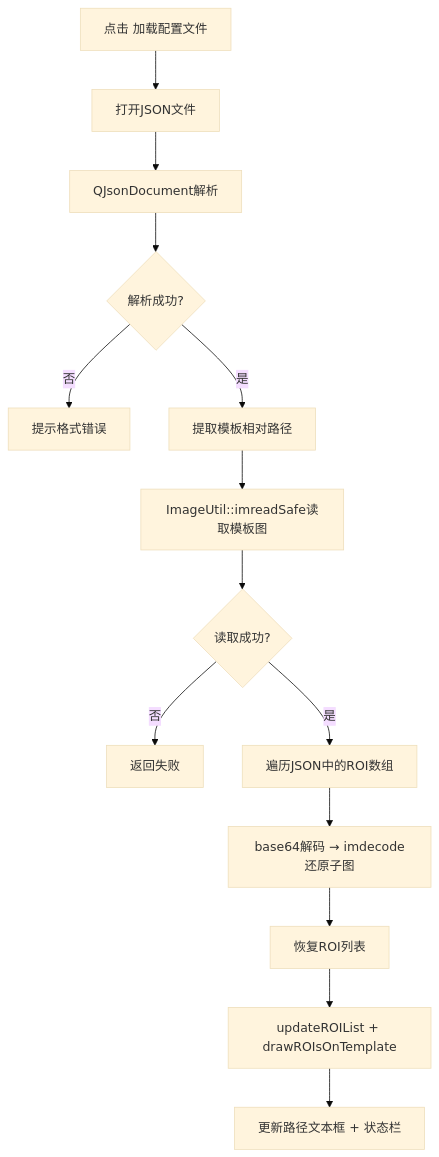
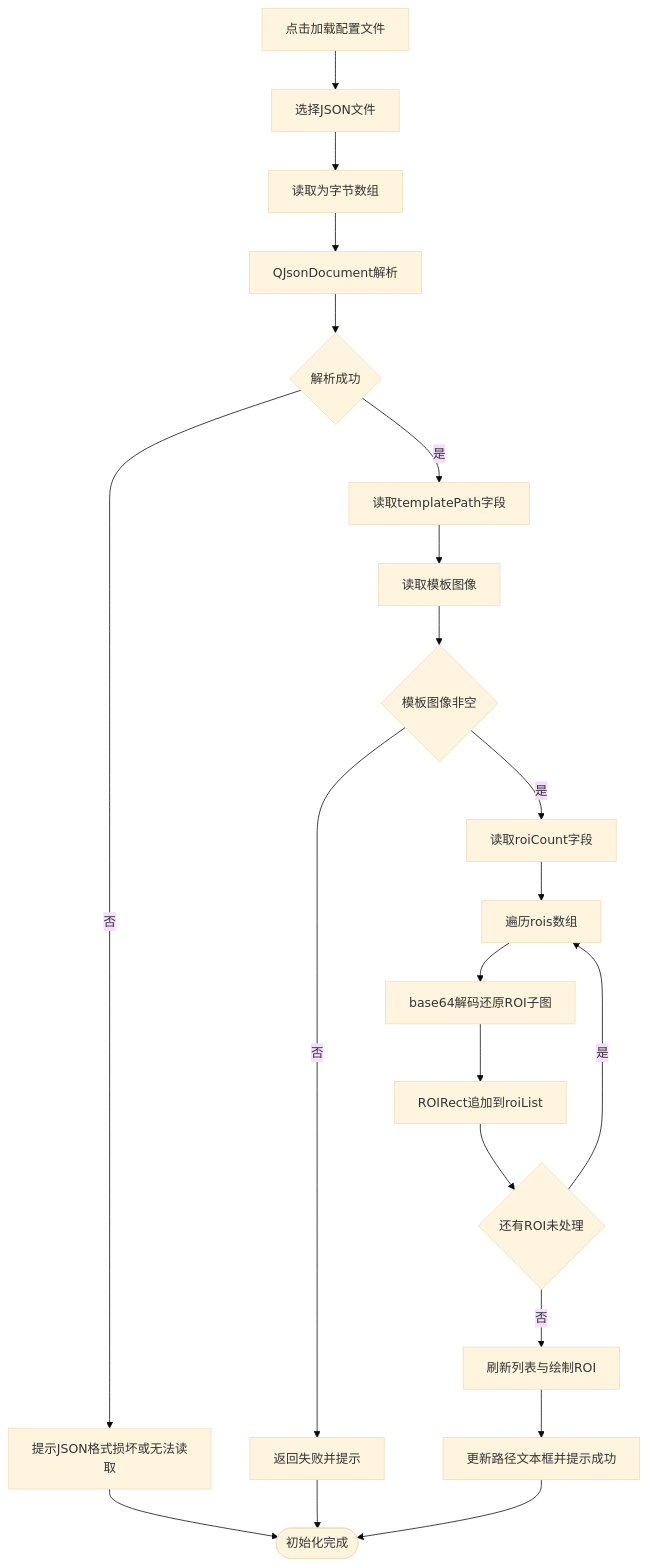
The sixth of 11 diagrams in docs/期末大作业报告.md (ggsmida1/CV_Project), drawn with Mermaid (base theme) before and after one commit. The commit also changed other lines of this file, not shown here.

````diff
--- a/docs/期末大作业报告.md
+++ b/docs/期末大作业报告.md
@@ -173,16 +351,23 @@
 ```mermaid
 graph TD
-    A[点击 加载配置文件] --> B[打开JSON文件]
-    B --> C[QJsonDocument解析]
-    C --> D{解析成功?}
-    D -->|否| E[提示格式错误]
-    D -->|是| F[提取模板相对路径]
-    F --> G[ImageUtil::imreadSafe读取模板图]
-    G --> H{读取成功?}
-    H -->|否| I[返回失败]
-    H -->|是| J[遍历JSON中的ROI数组]
-    J --> K[base64解码 → imdecode还原子图]
-    K --> L[恢复ROI列表]
-    L --> M[updateROIList + drawROIsOnTemplate]
-    M --> N[更新路径文本框 + 状态栏]
+    A[点击加载配置文件] --> B[选择JSON文件]
+    B --> C[读取为字节数组]
+    C --> D[QJsonDocument解析]
+    D --> E{解析成功}
+    E -- 否 --> F[提示JSON格式损坏或无法读取]
+    E -- 是 --> G[读取templatePath字段]
+    G --> H[读取模板图像]
+    H --> I{模板图像非空}
+    I -- 否 --> J[返回失败并提示]
+    I -- 是 --> K[读取roiCount字段]
+    K --> L[遍历rois数组]
+    L --> M[base64解码还原ROI子图]
+    M --> N[ROIRect追加到roiList]
+    N --> O{还有ROI未处理}
+    O -- 是 --> L
+    O -- 否 --> P[刷新列表与绘制ROI]
+    P --> Q[更新路径文本框并提示成功]
+    Q --> R([初始化完成])
+    F --> R
+    J --> R
 ```
````
